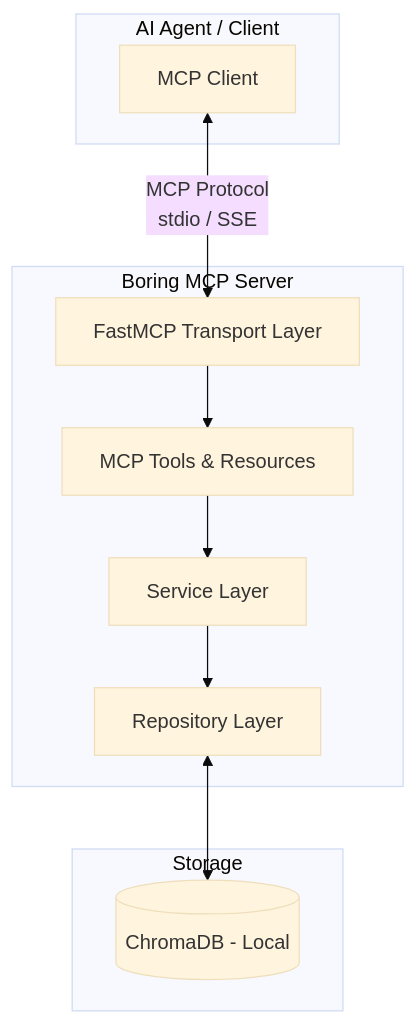
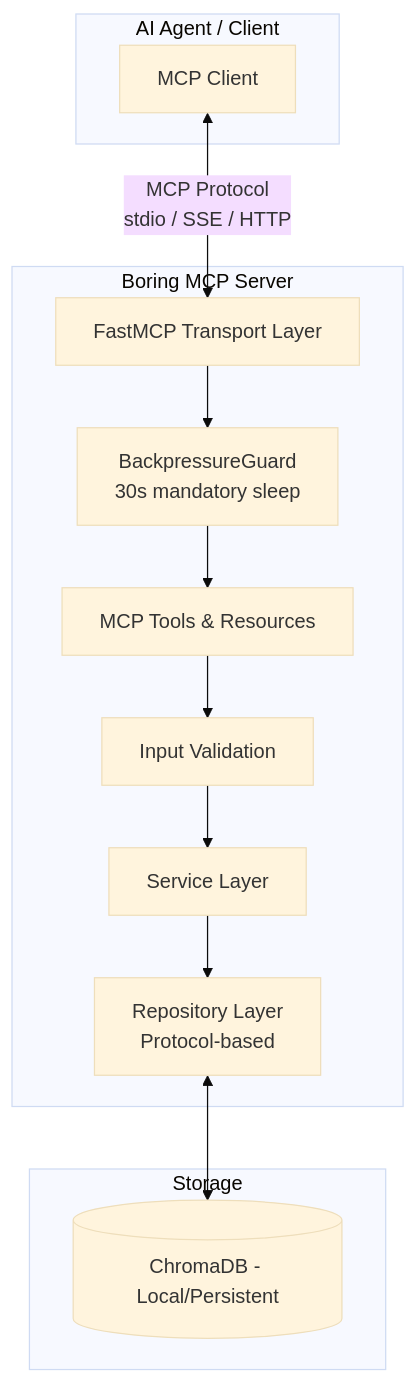
Before and after one commit to Zaexv/boring-mcp: the first of 6 diagrams in ai-docs/architecture.md, drawn with Mermaid (base theme). The commit also changed other lines of this file and 21 other files, not shown here.

````diff
--- a/ai-docs/architecture.md
+++ b/ai-docs/architecture.md
@@ -13,23 +26,27 @@
 ```mermaid
 graph TB
     subgraph "AI Agent / Client"
         A[MCP Client]
     end
 
     subgraph "Boring MCP Server"
+        BP[BackpressureGuard<br>30s mandatory sleep]
         B[FastMCP Transport Layer]
         C[MCP Tools & Resources]
+        V[Input Validation]
         D[Service Layer]
-        E[Repository Layer]
+        E[Repository Layer<br>Protocol-based]
     end
 
     subgraph "Storage"
-        F[(ChromaDB - Local)]
+        F[(ChromaDB - Local/Persistent)]
     end
 
-    A <-->|MCP Protocol<br>stdio / SSE| B
-    B --> C
-    C --> D
+    A <-->|MCP Protocol<br>stdio / SSE / HTTP| B
+    B --> BP
+    BP --> C
+    C --> V
+    V --> D
     D --> E
     E <--> F
 ```
````
